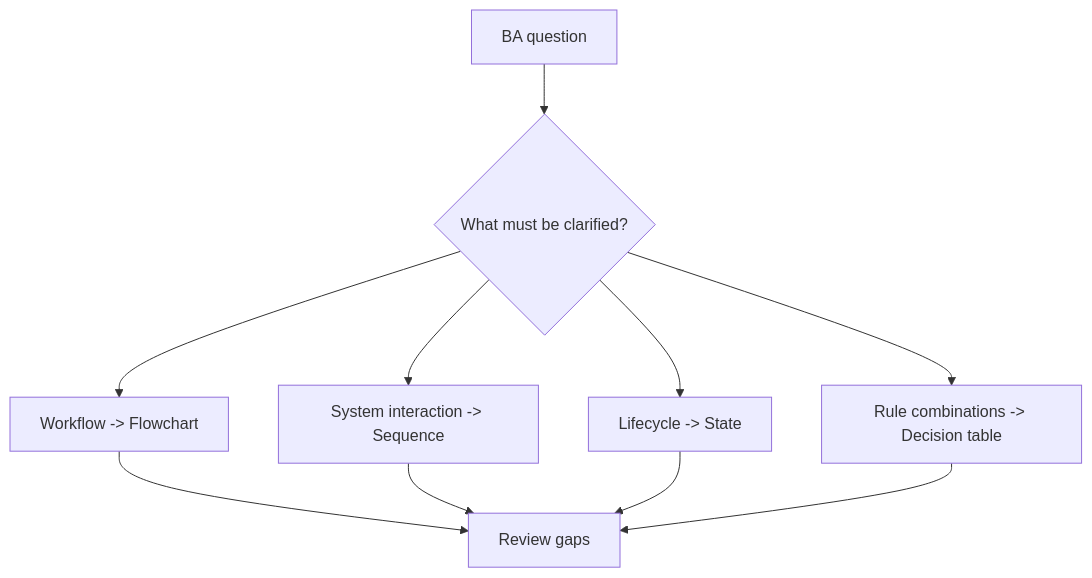
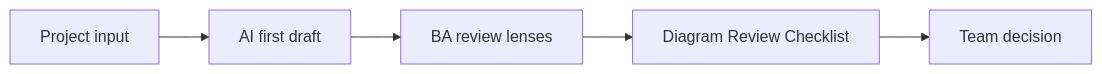
One commit to anhtnt90dev/ai-for-ba changed the first of 2 diagrams in docs/en/lessons/diagramming-for-ba/index.md. Above: the diagram before and after it, drawn with Mermaid. The commit also changed other lines of this file and 40 other files, not shown here.

````diff
--- a/docs/en/lessons/diagramming-for-ba/index.md
+++ b/docs/en/lessons/diagramming-for-ba/index.md
@@ -68,12 +84,12 @@
 ```mermaid
-flowchart TD
-    A["BA question"] --> B{"What must be clarified?"}
-    B --> C["Workflow -> Flowchart"]
-    B --> D["System interaction -> Sequence"]
-    B --> E["Lifecycle -> State"]
-    B --> F["Rule combinations -> Decision table"]
-    C --> G["Review gaps"]
-    D --> G
-    E --> G
-    F --> G
+flowchart LR
+    A["Project input"]
+    B["AI first draft"]
+    A --> B
+    C["BA review lenses"]
+    B --> C
+    D["Diagram Review Checklist"]
+    C --> D
+    E["Team decision"]
+    D --> E
 ```
````
